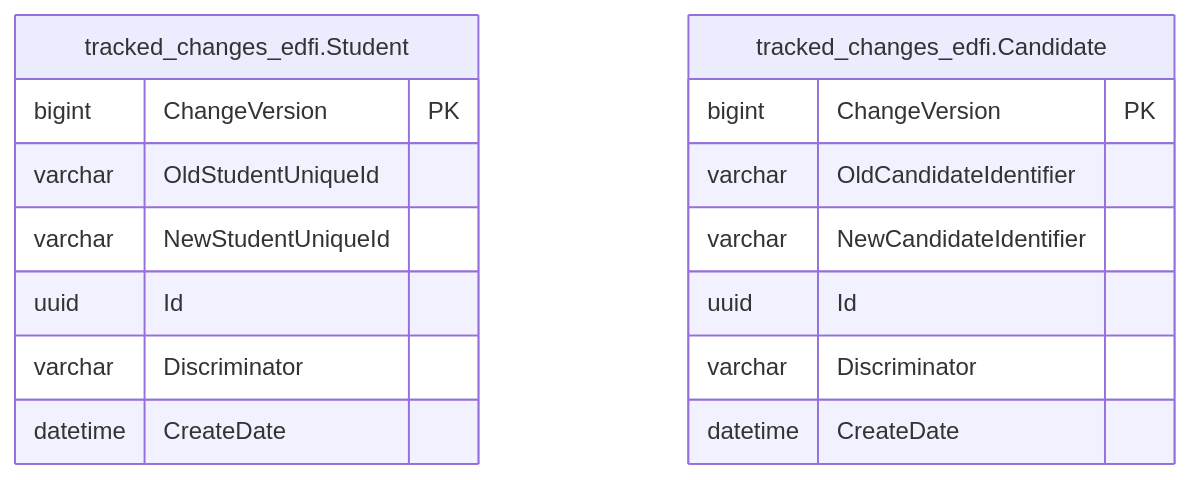
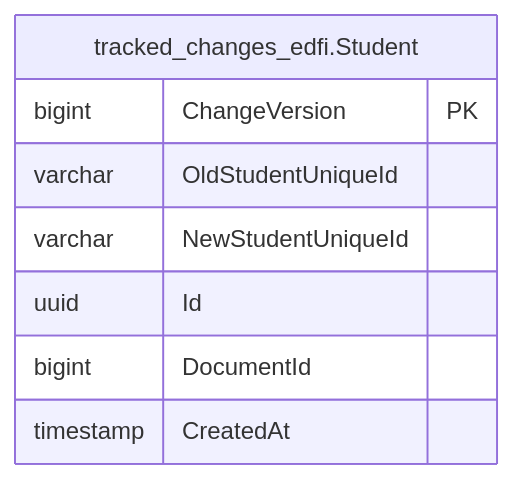
The second of 2 diagrams in odsApi_versioned_docs/version-8/platform-dev-guide/features/changed-record-queries.md (Ed-Fi-Alliance-OSS/ed-fi-alliance-oss.github.io), drawn with Mermaid before and after one commit. The commit also changed other lines of this file and 74 other files, not shown here.

````diff
--- a/odsApi_versioned_docs/version-8/platform-dev-guide/features/changed-record-queries.md
+++ b/odsApi_versioned_docs/version-8/platform-dev-guide/features/changed-record-queries.md
@@ -74,20 +75,11 @@
 ```mermaid
 erDiagram
     "tracked_changes_edfi.Student" {
         bigint ChangeVersion PK
         varchar OldStudentUniqueId
         varchar NewStudentUniqueId
         uuid Id
-        varchar Discriminator
-        datetime CreateDate
-    }
-
-    "tracked_changes_edfi.Candidate" {
-        bigint ChangeVersion PK
-        varchar OldCandidateIdentifier
-        varchar NewCandidateIdentifier
-        uuid Id
-        varchar Discriminator
-        datetime CreateDate
+        bigint DocumentId
+        timestamp CreatedAt
     }
 ```
````
